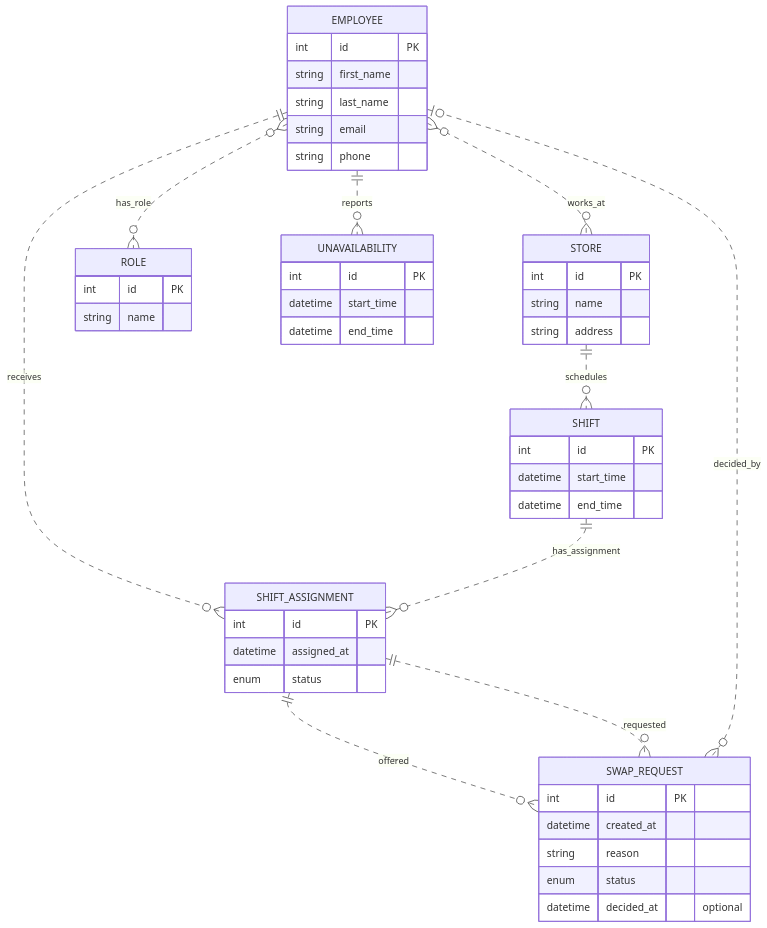
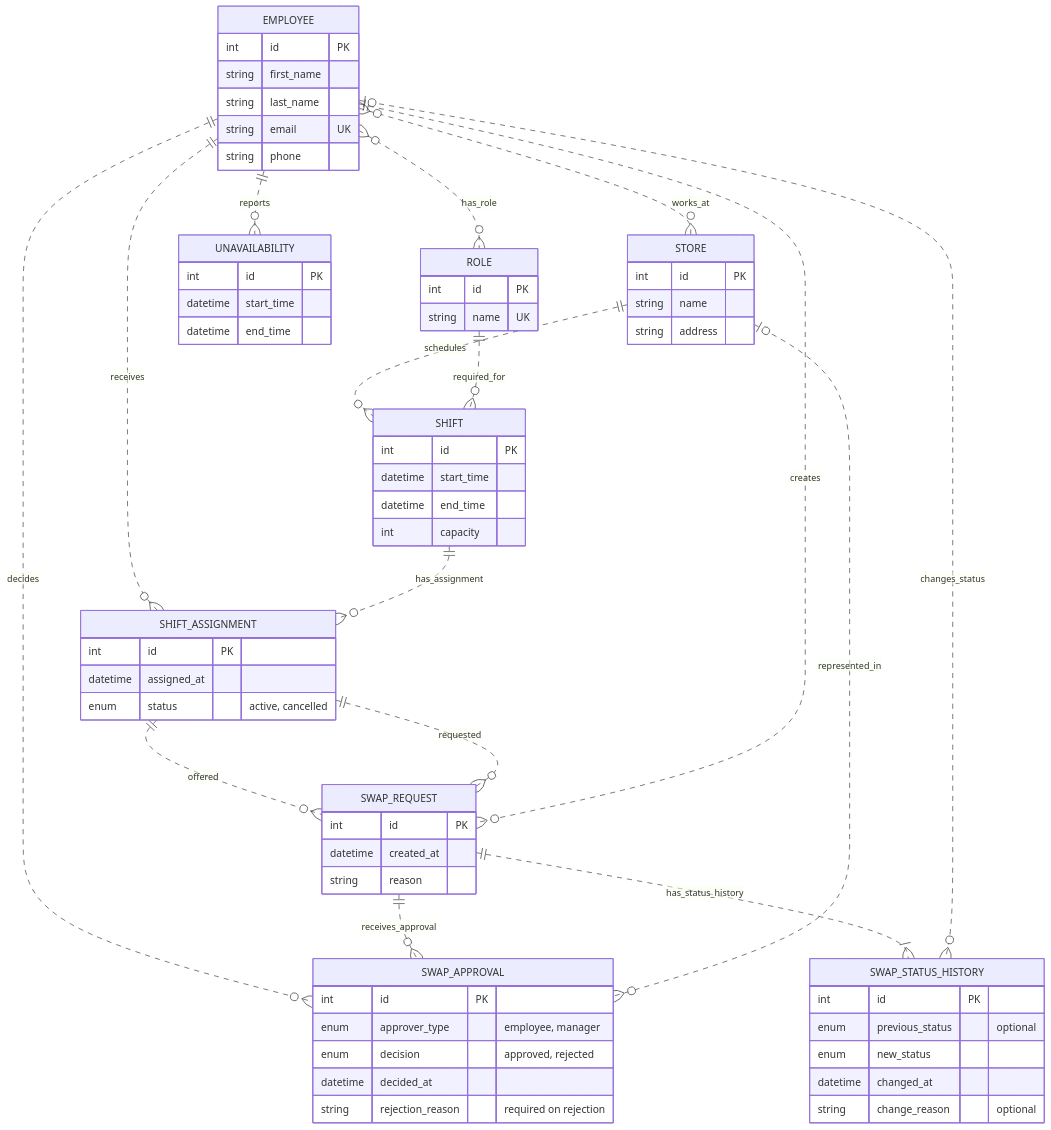
One commit to the-darkesttt/software-requirements changed the diagram in lab1/model.mmd. Above: the diagram before and after it, drawn with Mermaid. The commit also changed 2 other files, not shown here.

Commit message:
Revise ER model according to updated specification

```diff
--- a/lab1/model.mmd
+++ b/lab1/model.mmd
@@ -1,49 +1,68 @@
 erDiagram
     EMPLOYEE {
         int id PK
         string first_name
         string last_name
-        string email
+        string email UK
         string phone
     }
     STORE {
         int id PK
         string name
         string address
     }
     ROLE {
         int id PK
-        string name
+        string name UK
     }
     SHIFT {
         int id PK
         datetime start_time
         datetime end_time
+        int capacity
     }
     SHIFT_ASSIGNMENT {
         int id PK
         datetime assigned_at
-        enum status
+        enum status "active, cancelled"
     }
     SWAP_REQUEST {
         int id PK
         datetime created_at
         string reason
-        enum status
-        datetime decided_at "optional"
     }
     UNAVAILABILITY {
         int id PK
         datetime start_time
         datetime end_time
     }
+    SWAP_APPROVAL {
+        int id PK
+        enum approver_type "employee, manager"
+        enum decision "approved, rejected"
+        datetime decided_at
+        string rejection_reason "required on rejection"
+    }
+    SWAP_STATUS_HISTORY {
+        int id PK
+        enum previous_status "optional"
+        enum new_status
+        datetime changed_at
+        string change_reason "optional"
+    }
 
     EMPLOYEE }o..o{ STORE : works_at
     EMPLOYEE }o..o{ ROLE : has_role
     STORE ||..o{ SHIFT : schedules
+    ROLE ||..o{ SHIFT : required_for
     EMPLOYEE ||..o{ SHIFT_ASSIGNMENT : receives
     SHIFT ||..o{ SHIFT_ASSIGNMENT : has_assignment
     EMPLOYEE ||..o{ UNAVAILABILITY : reports
     SHIFT_ASSIGNMENT ||..o{ SWAP_REQUEST : offered
     SHIFT_ASSIGNMENT ||..o{ SWAP_REQUEST : requested
-    EMPLOYEE |o..o{ SWAP_REQUEST : decided_by
+    EMPLOYEE ||..o{ SWAP_REQUEST : creates
+    EMPLOYEE ||..o{ SWAP_APPROVAL : decides
+    SWAP_REQUEST ||..o{ SWAP_APPROVAL : receives_approval
+    STORE |o..o{ SWAP_APPROVAL : represented_in
+    SWAP_REQUEST ||..|{ SWAP_STATUS_HISTORY : has_status_history
+    EMPLOYEE |o..o{ SWAP_STATUS_HISTORY : changes_status
```
